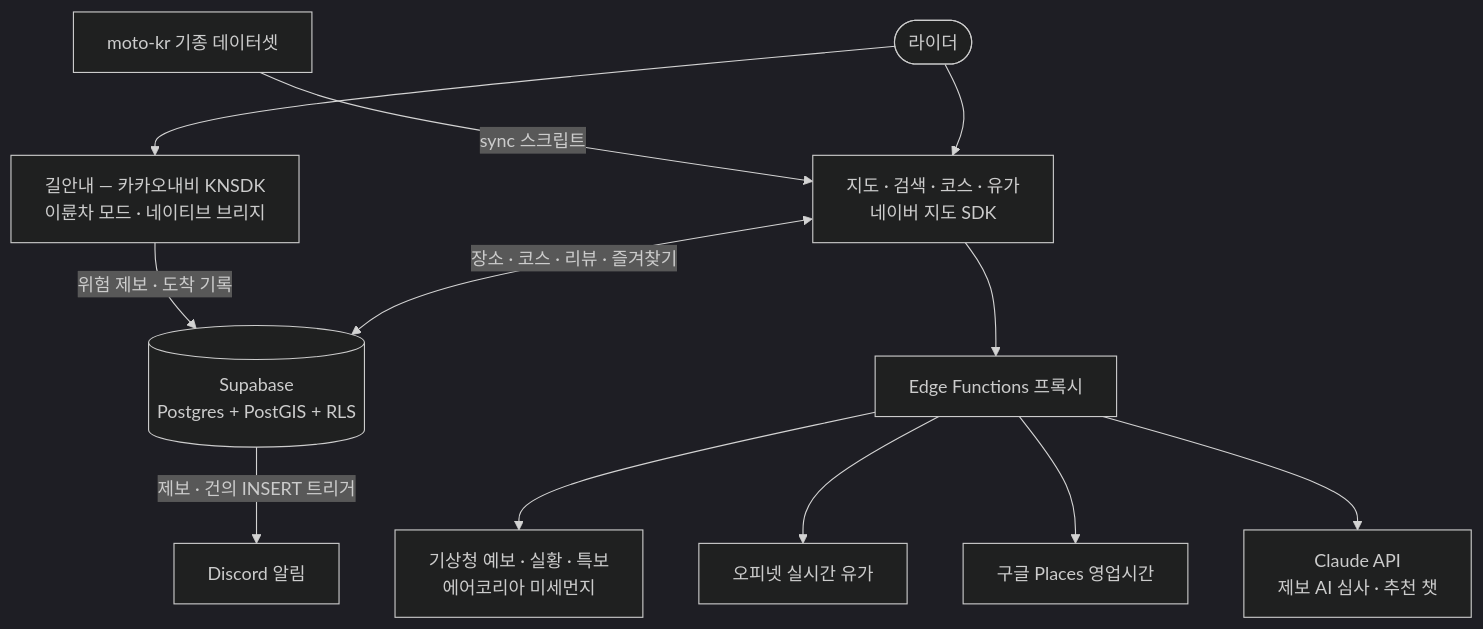
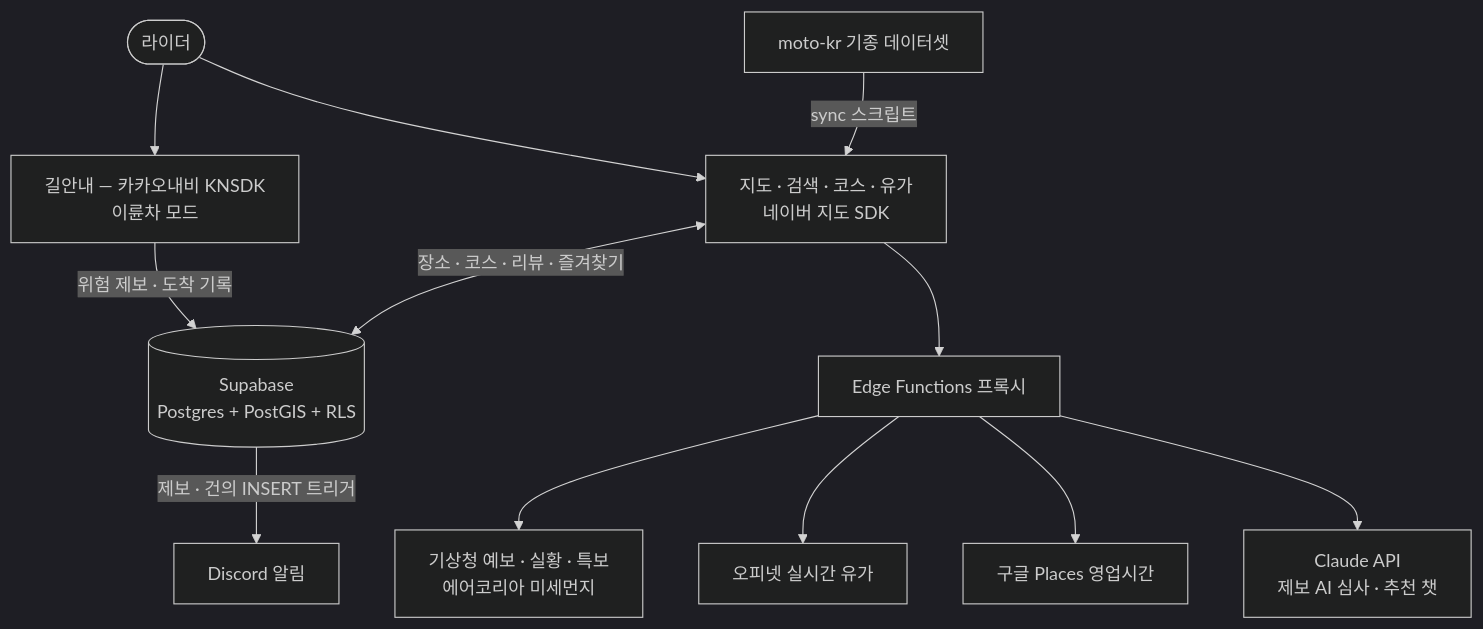
One commit to starhn87/motomap changed the diagram in README.md. Above: the diagram before and after it, drawn with Mermaid (dark theme).

Commit message:
docs: untangle the architecture diagram layout
Edge-declaration order now places rider/navi left and moto-kr right,
removing the crossing arrows; the navi node label is shortened so it
no longer wraps mid-word.

````diff
--- a/README.md
+++ b/README.md
@@ -66,14 +66,14 @@
 ```mermaid
 flowchart TD
-  R(["라이더"]) --> MAP["지도 · 검색 · 코스 · 유가<br/>네이버 지도 SDK"]
-  R --> NAVI["길안내 — 카카오내비 KNSDK<br/>이륜차 모드 · 네이티브 브리지"]
+  R(["라이더"]) --> NAVI["길안내 — 카카오내비 KNSDK<br/>이륜차 모드"]
+  R --> MAP["지도 · 검색 · 코스 · 유가<br/>네이버 지도 SDK"]
+  MK["moto-kr 기종 데이터셋"] -->|"sync 스크립트"| MAP
+  NAVI -->|"위험 제보 · 도착 기록"| DB
   MAP <-->|"장소 · 코스 · 리뷰 · 즐겨찾기"| DB[("Supabase<br/>Postgres + PostGIS + RLS")]
-  NAVI -->|"위험 제보 · 도착 기록"| DB
   MAP --> EF["Edge Functions 프록시"]
+  DB -->|"제보 · 건의 INSERT 트리거"| DC["Discord 알림"]
   EF --> KMA["기상청 예보 · 실황 · 특보<br/>에어코리아 미세먼지"]
   EF --> OPI["오피넷 실시간 유가"]
   EF --> GGL["구글 Places 영업시간"]
   EF --> CL["Claude API<br/>제보 AI 심사 · 추천 챗"]
-  DB -->|"제보 · 건의 INSERT 트리거"| DC["Discord 알림"]
-  MK["moto-kr 기종 데이터셋"] -->|"sync 스크립트"| MAP
 ```
````
